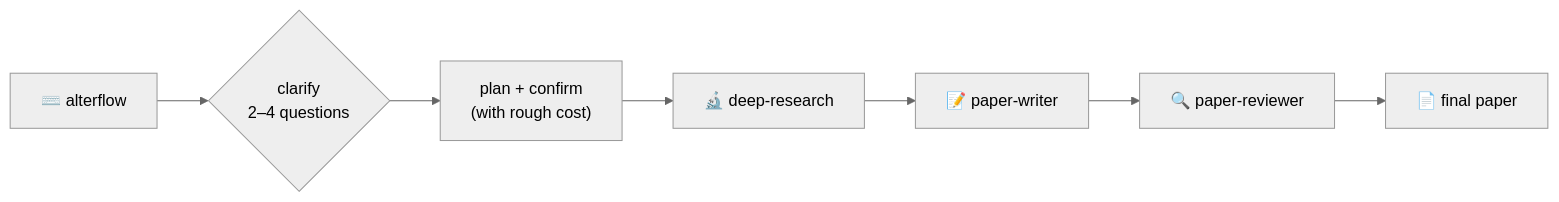
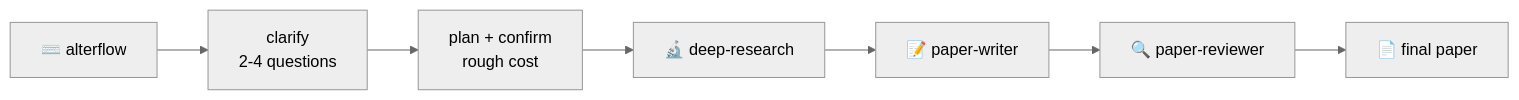
Before and after one commit to AlterLab-IEU/AlterLab-Academic-Skills: the diagram in README.md, drawn with Mermaid (neutral theme). The commit also changed 1 other file, not shown here.

Commit message:
docs: harden the alterflow mermaid diagram for GitHub/older renderers
The Orchestrate-mode flowchart used a decision-diamond node with a quoted
`<br/>` label plus a Unicode en-dash (2–4) and parenthesised text — a combination
that renders in current mermaid but fails on GitHub's/older mermaid builds. Switch
the clarify step to a plain rectangle (the flow is linear — no branch — so a
decision diamond was misleading), use `<br>`, an ASCII hyphen (2-4), and drop the
parentheses. Rendered headless to confirm it parses and draws (mermaid 11 → OK).
Applied to both README.md and README.tr-TR.md.

Claude-Session: https://claude.ai/code/session_01AzJePnAgYfvog4jR8qECSw

````diff
--- a/README.md
+++ b/README.md
@@ -112,9 +112,9 @@
 ```mermaid
 flowchart LR
-    A["⌨️ alterflow"] --> Q{"clarify<br/>2–4 questions"}
-    Q --> P["plan + confirm<br/>(with rough cost)"]
+    A["⌨️ alterflow"] --> Q["clarify<br>2-4 questions"]
+    Q --> P["plan + confirm<br>rough cost"]
     P --> R["🔬 deep-research"]
     R --> W["📝 paper-writer"]
     W --> V["🔍 paper-reviewer"]
     V --> F["📄 final paper"]
 ```
````
